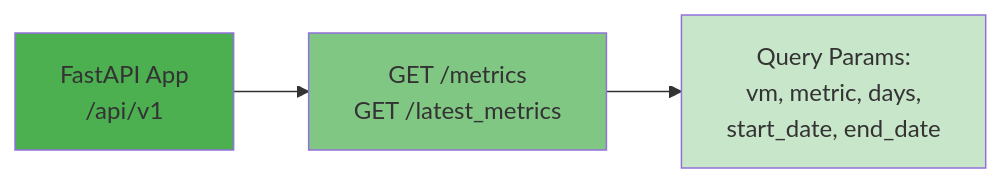
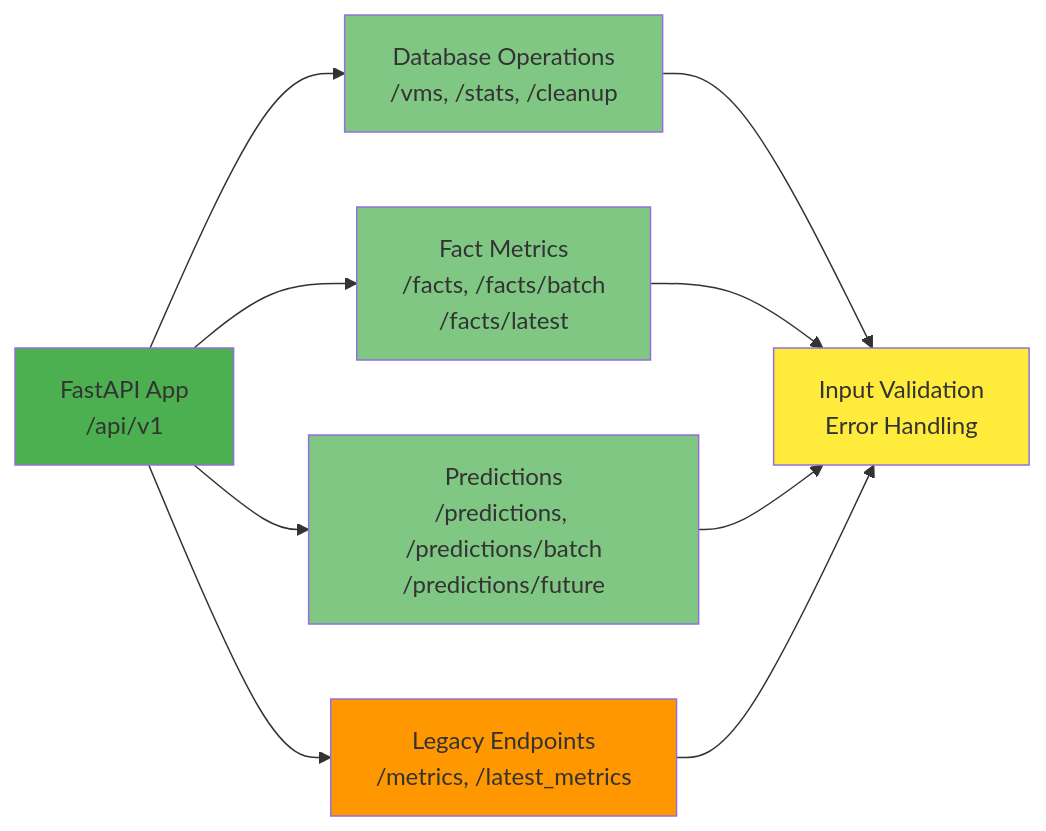
Diagram 13 of 16 in docs/ARCHITECTURE.md (sweetd0vee/dashboard), drawn with Mermaid before and after one commit. The commit also changed other lines of this file, not shown here.

Commit message:
added architecture

````diff
--- a/docs/ARCHITECTURE.md
+++ b/docs/ARCHITECTURE.md
@@ -600,10 +803,19 @@
 ```mermaid
 graph LR
-    API[FastAPI App<br/>/api/v1] --> Metrics[GET /metrics<br/>GET /latest_metrics]
+    API[FastAPI App<br/>/api/v1] --> Database[Database Operations<br/>/vms, /stats, /cleanup]
+    API --> Facts[Fact Metrics<br/>/facts, /facts/batch<br/>/facts/latest]
+    API --> Predictions[Predictions<br/>/predictions, /predictions/batch<br/>/predictions/future]
+    API --> Legacy[Legacy Endpoints<br/>/metrics, /latest_metrics]
     
-    Metrics --> Query[Query Params:<br/>vm, metric, days,<br/>start_date, end_date]
+    Database --> Validation[Input Validation<br/>Error Handling]
+    Facts --> Validation
+    Predictions --> Validation
+    Legacy --> Validation
     
     style API fill:#4caf50
-    style Metrics fill:#81c784
-    style Query fill:#c8e6c9
+    style Database fill:#81c784
+    style Facts fill:#81c784
+    style Predictions fill:#81c784
+    style Legacy fill:#ff9800
+    style Validation fill:#ffeb3b
 ```
````
